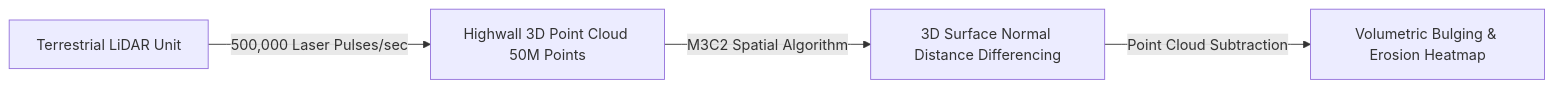
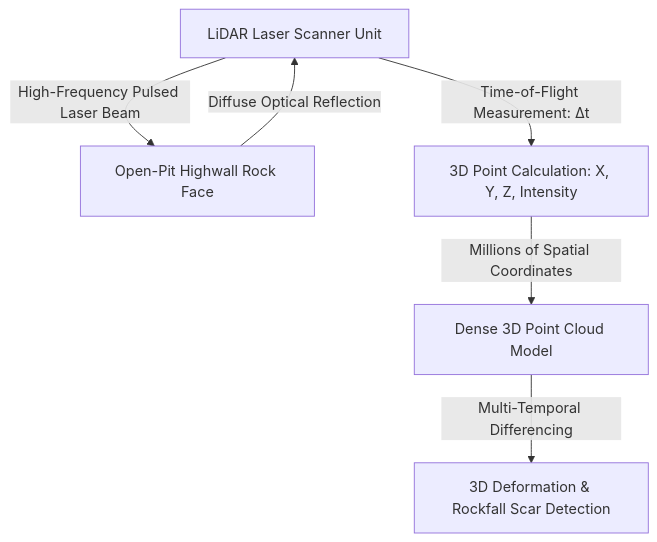
One commit to angelverman2021-a11y/Report changed the first of 13 diagrams in docs/06_LiDAR_Laser_Scanning.md. Above: the diagram before and after it, drawn with Mermaid. The commit also changed other lines of this file, not shown here.

Commit message:
feat: Add comprehensive 26-section report for Existing Technology 6: LiDAR / Laser Scanning

````diff
--- a/docs/06_LiDAR_Laser_Scanning.md
+++ b/docs/06_LiDAR_Laser_Scanning.md
@@ -15,6 +25,8 @@
 ```mermaid
-flowchart LR
-    A[Terrestrial LiDAR Unit] -->|500,000 Laser Pulses/sec| B[Highwall 3D Point Cloud 50M Points]
-    B -->|M3C2 Spatial Algorithm| C[3D Surface Normal Distance Differencing]
-    C -->|Point Cloud Subtraction| D[Volumetric Bulging & Erosion Heatmap]
+flowchart TD
+    LIDAR[LiDAR Laser Scanner Unit] -->|High-Frequency Pulsed Laser Beam| SLOPE[Open-Pit Highwall Rock Face]
+    SLOPE -->|Diffuse Optical Reflection| LIDAR
+    LIDAR -->|Time-of-Flight Measurement: Δt| CALC[3D Point Calculation: X, Y, Z, Intensity]
+    CALC -->|Millions of Spatial Coordinates| CLOUD[Dense 3D Point Cloud Model]
+    CLOUD -->|Multi-Temporal Differencing| CHANGE[3D Deformation & Rockfall Scar Detection]
 ```
````
